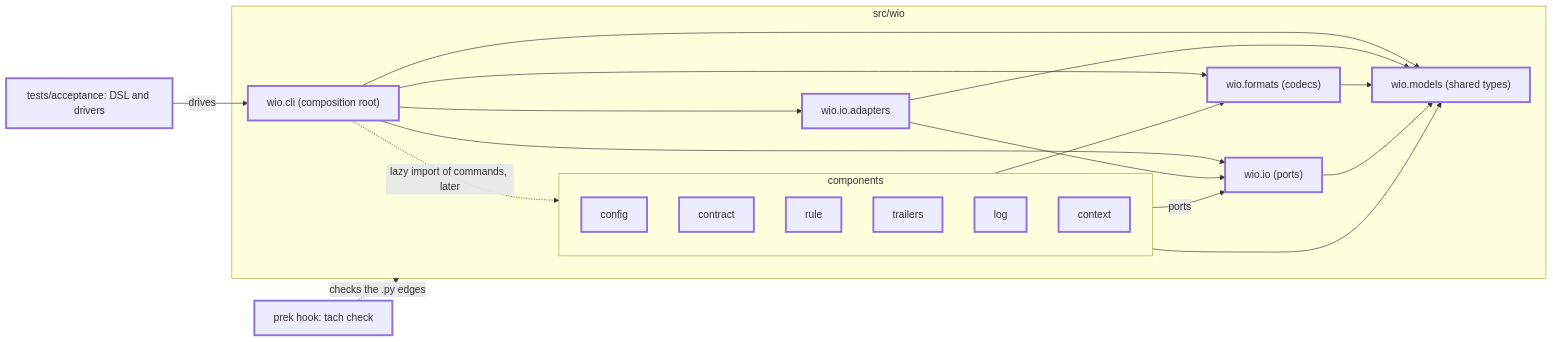
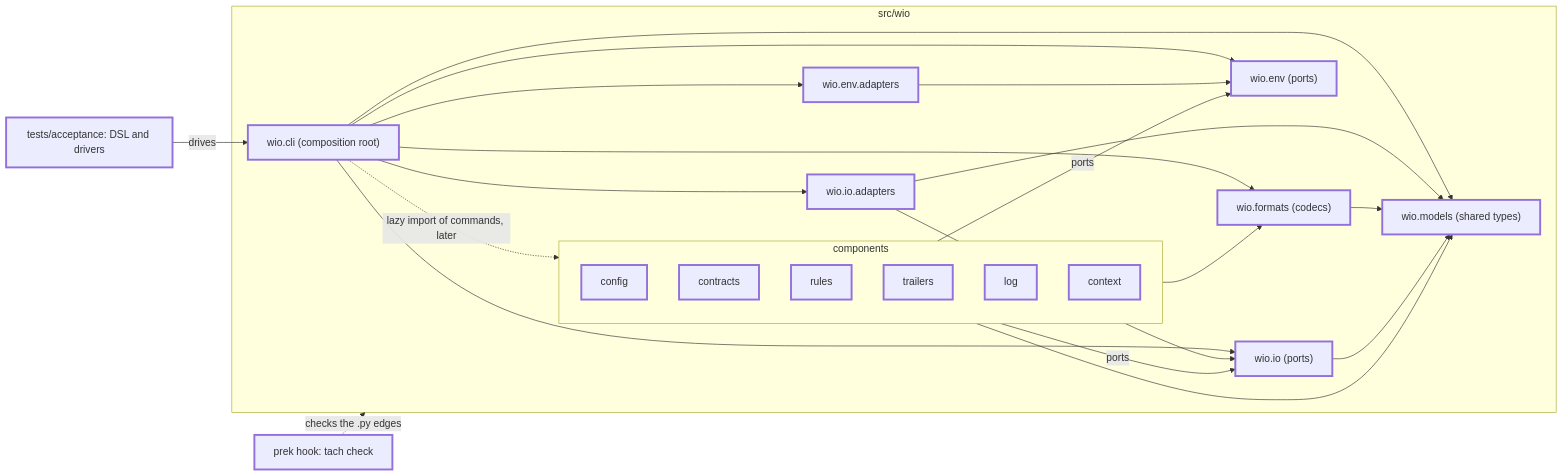
One commit to msitarz/wio changed the second of 2 diagrams in .agents/wio/works/v0-1-foundation/README.md. Above: the diagram before and after it, drawn with Mermaid. The commit also changed other lines of this file and 48 other files, not shown here.

First line of the commit message:
feat: lay out the v0.1 architecture skeleton (#38)

````diff
--- a/.agents/wio/works/v0-1-foundation/README.md
+++ b/.agents/wio/works/v0-1-foundation/README.md
@@ -138,33 +147,39 @@
 ```mermaid
 flowchart LR
     subgraph src_wio["src/wio"]
         cli["wio.cli (composition root)"]:::new
         subgraph components
             config:::new
-            contract:::new
-            rule:::new
+            contracts:::new
+            rules:::new
             trailers:::new
             log:::new
             context:::new
         end
-        adapters["wio.io.adapters"]:::new
+        ioadapters["wio.io.adapters"]:::new
         io["wio.io (ports)"]:::new
+        envadapters["wio.env.adapters"]:::new
+        env["wio.env (ports)"]:::new
         formats["wio.formats (codecs)"]:::new
         models["wio.models (shared types)"]:::new
         cli -. "lazy import of commands, later" .-> components
-        cli --> adapters
+        cli --> ioadapters
+        cli --> envadapters
         cli --> io
+        cli --> env
         cli --> formats
         cli --> models
-        adapters --> io
-        adapters --> models
+        ioadapters --> io
+        ioadapters --> models
+        envadapters --> env
         components -- "ports" --> io
+        components -- "ports" --> env
         components --> formats
         components --> models
         formats --> models
         io --> models
     end
     hook["prek hook: tach check"]:::new -. "checks the .py edges" .-> src_wio
     acc["tests/acceptance: DSL and drivers"]:::new -- "drives" --> cli
     classDef new stroke-width: 3px
 ```
````
